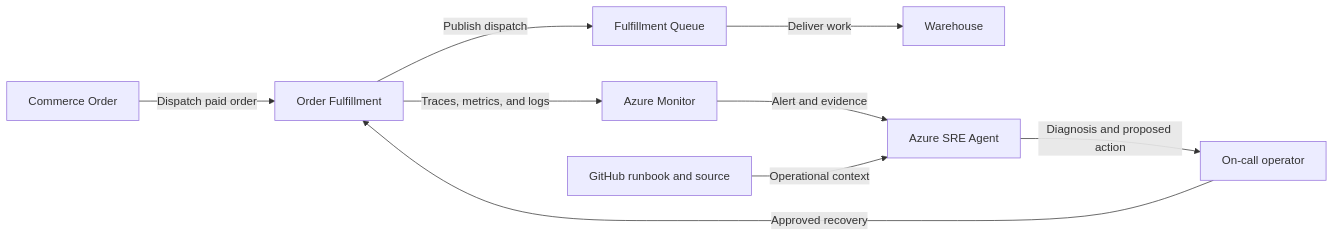
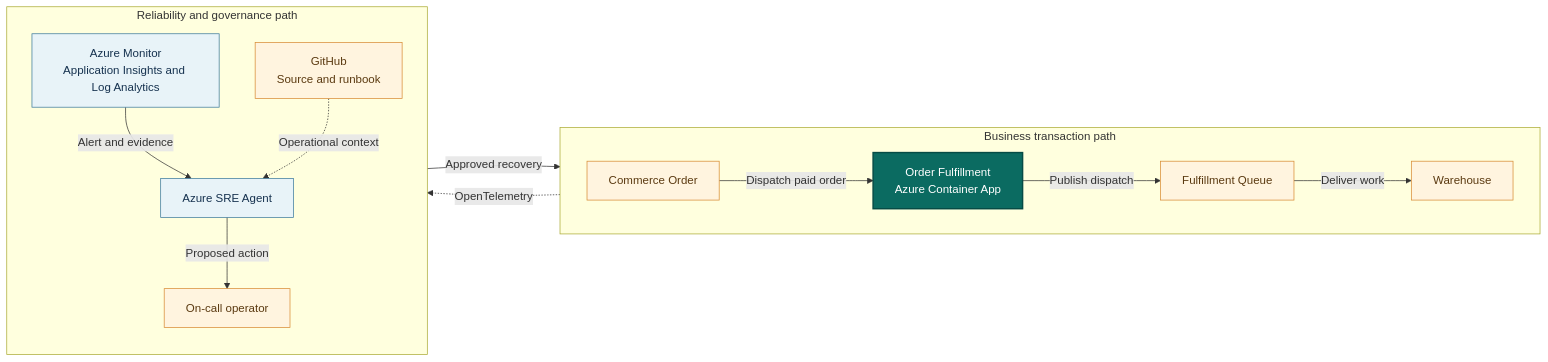
Before and after one commit to KrishnaDistributedcomputing/SREAgentEnterpriseShowcase: the diagram in runbooks/order-fulfillment.md, drawn with Mermaid. The commit also changed other lines of this file and 14 other files, not shown here.

First line of the commit message:
docs(docs): refine system context diagrams

````diff
--- a/runbooks/order-fulfillment.md
+++ b/runbooks/order-fulfillment.md
@@ -32,11 +32,34 @@
 ```mermaid
 flowchart LR
-    Commerce[Commerce Order] -->|Dispatch paid order| App[Order Fulfillment]
-    App -->|Publish dispatch| Dependency[Fulfillment Queue]
-    Dependency -->|Deliver work| Warehouse[Warehouse]
-    App -->|Traces, metrics, and logs| Monitor[Azure Monitor]
-    Monitor -->|Alert and evidence| Agent[Azure SRE Agent]
-    Runbook[GitHub runbook and source] -->|Operational context| Agent
-    Agent -->|Diagnosis and proposed action| Operator[On-call operator]
-    Operator -->|Approved recovery| App
+    subgraph Business["Business transaction path"]
+        direction LR
+        Commerce["Commerce Order"]
+        App["Order Fulfillment<br/>Azure Container App"]
+        Queue["Fulfillment Queue"]
+        Warehouse["Warehouse"]
+        Commerce -->|"Dispatch paid order"| App
+        App -->|"Publish dispatch"| Queue
+        Queue -->|"Deliver work"| Warehouse
+    end
+
+    subgraph Operations["Reliability and governance path"]
+        direction TB
+        Monitor["Azure Monitor<br/>Application Insights and Log Analytics"]
+        Agent["Azure SRE Agent"]
+        Operator["On-call operator"]
+        Repository["GitHub<br/>Source and runbook"]
+        Monitor -->|"Alert and evidence"| Agent
+        Repository -.->|"Operational context"| Agent
+        Agent -->|"Proposed action"| Operator
+    end
+
+    App -.->|"OpenTelemetry"| Monitor
+    Operator -->|"Approved recovery"| App
+
+    classDef application fill:#0b6b61,color:#ffffff,stroke:#064b45,stroke-width:2px
+    classDef azure fill:#e8f3f8,color:#16324f,stroke:#39789b
+    classDef external fill:#fff4df,color:#5b3a11,stroke:#d78a32
+    class App application
+    class Monitor,Agent azure
+    class Commerce,Queue,Warehouse,Operator,Repository external
 ```
````
